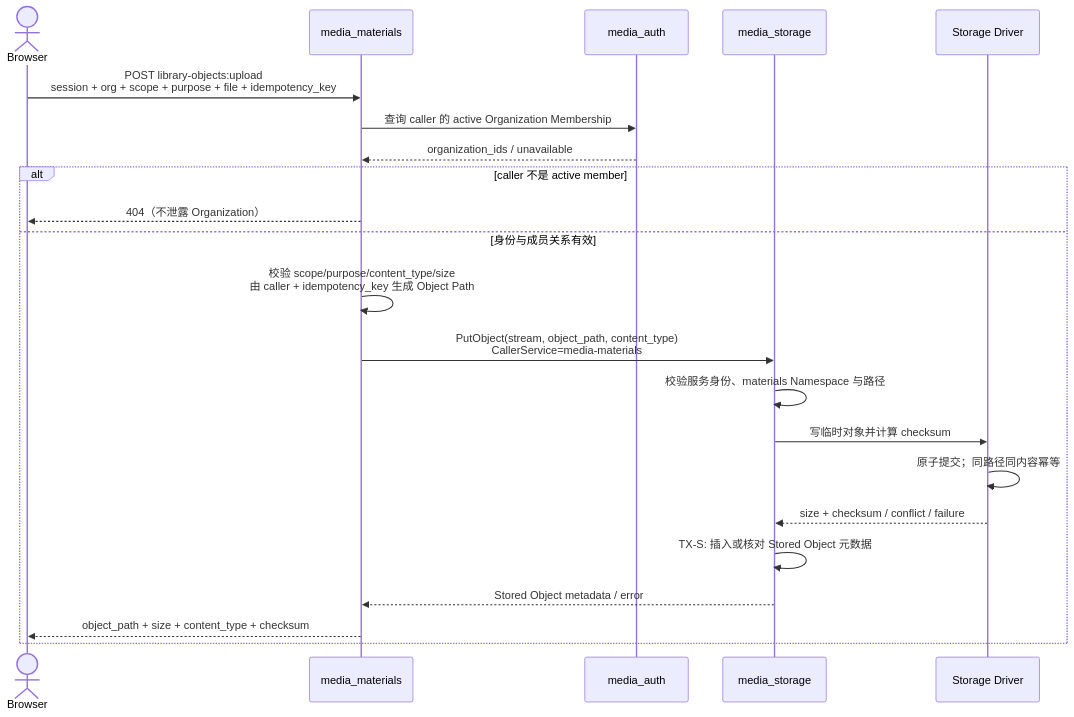
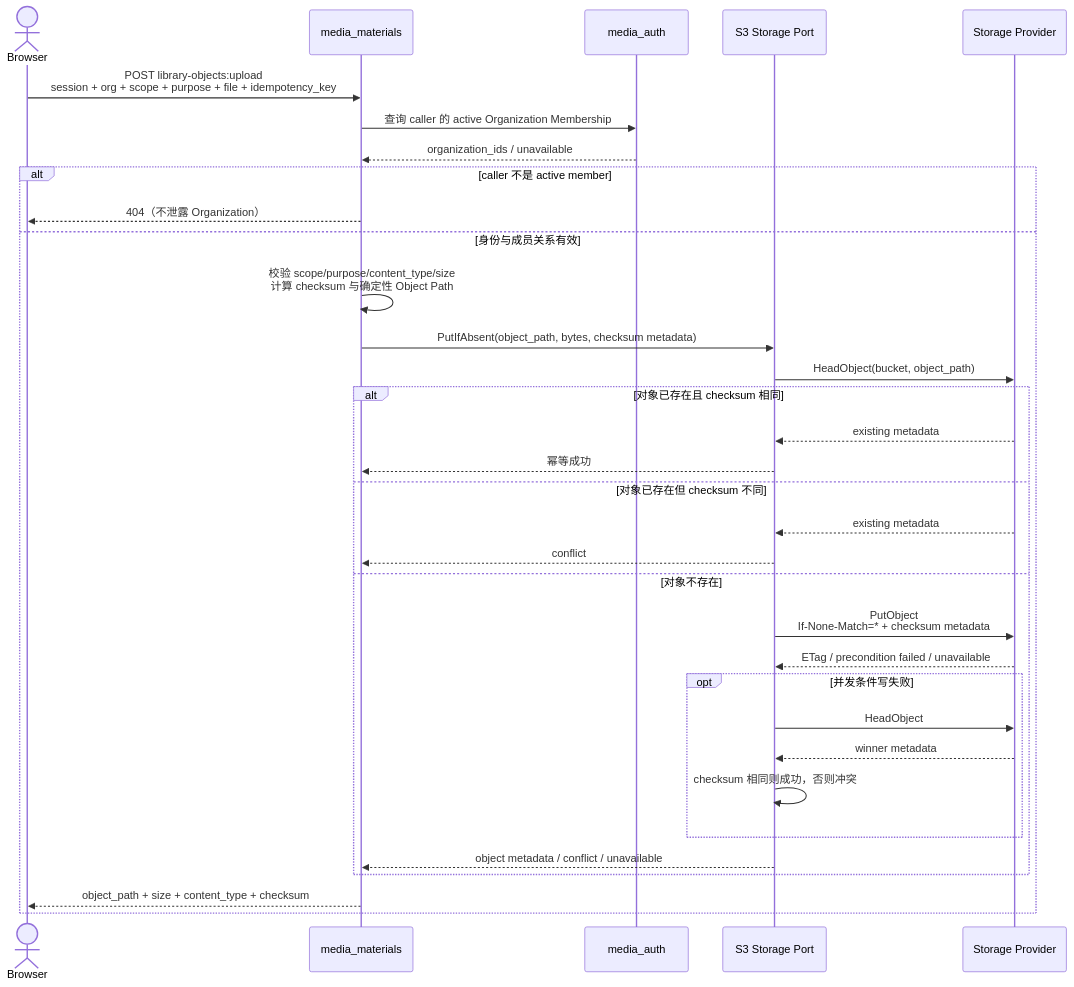
One commit to hotttao/media_agent changed the first of 2 diagrams in docs/ddd/workflow/0008-library-object-upload/library_object_upload.md. Above: the diagram before and after it, drawn with Mermaid. The commit also changed other lines of this file and 130 other files, not shown here.

Commit message:
feat: complete materials library and S3 storage integration

````diff
--- a/docs/ddd/workflow/0008-library-object-upload/library_object_upload.md
+++ b/docs/ddd/workflow/0008-library-object-upload/library_object_upload.md
@@ -30,25 +30,36 @@
 ```mermaid
 sequenceDiagram
     actor B as Browser
     participant M as media_materials
     participant A as media_auth
-    participant S as media_storage
-    participant D as Storage Driver
+    participant P as S3 Storage Port
+    participant S as Storage Provider
 
     B->>M: POST library-objects:upload<br/>session + org + scope + purpose + file + idempotency_key
     M->>A: 查询 caller 的 active Organization Membership
     A-->>M: organization_ids / unavailable
     alt caller 不是 active member
         M-->>B: 404（不泄露 Organization）
     else 身份与成员关系有效
-        M->>M: 校验 scope/purpose/content_type/size<br/>由 caller + idempotency_key 生成 Object Path
-        M->>S: PutObject(stream, object_path, content_type)<br/>CallerService=media-materials
-        S->>S: 校验服务身份、materials Namespace 与路径
-        S->>D: 写临时对象并计算 checksum
-        D->>D: 原子提交；同路径同内容幂等
-        D-->>S: size + checksum / conflict / failure
-        S->>S: TX-S: 插入或核对 Stored Object 元数据
-        S-->>M: Stored Object metadata / error
+        M->>M: 校验 scope/purpose/content_type/size<br/>计算 checksum 与确定性 Object Path
+        M->>P: PutIfAbsent(object_path, bytes, checksum metadata)
+        P->>S: HeadObject(bucket, object_path)
+        alt 对象已存在且 checksum 相同
+            S-->>P: existing metadata
+            P-->>M: 幂等成功
+        else 对象已存在但 checksum 不同
+            S-->>P: existing metadata
+            P-->>M: conflict
+        else 对象不存在
+            P->>S: PutObject<br/>If-None-Match=* + checksum metadata
+            S-->>P: ETag / precondition failed / unavailable
+            opt 并发条件写失败
+                P->>S: HeadObject
+                S-->>P: winner metadata
+                P->>P: checksum 相同则成功，否则冲突
+            end
+            P-->>M: object metadata / conflict / unavailable
+        end
         M-->>B: object_path + size + content_type + checksum
     end
 ```
````
